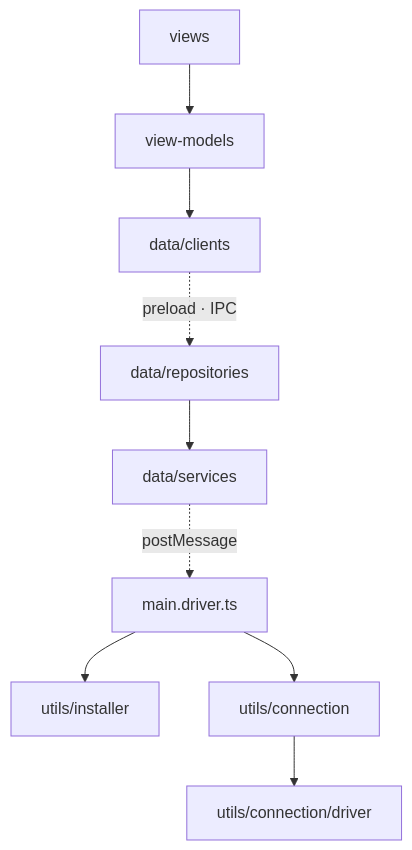
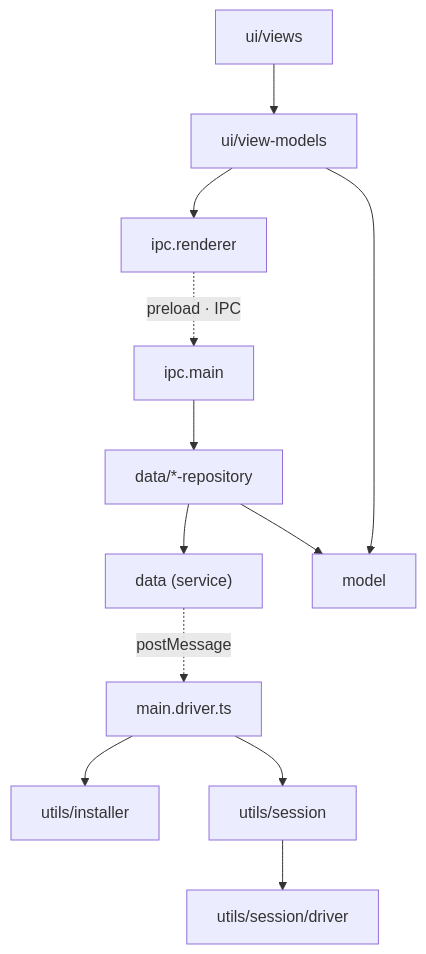
The second of 3 diagrams in docs/architecture.md (dimsssss/data-pump), drawn with Mermaid before and after one commit. The commit also changed other lines of this file and 101 other files, not shown here.

````diff
--- a/docs/architecture.md
+++ b/docs/architecture.md
@@ -148,8 +164,10 @@
 ```mermaid
 flowchart TB
-  views --> vm["view-models"] --> clients["data/clients"]
-  clients -. "preload · IPC" .-> repos["data/repositories"] --> services["data/services"]
+  views["ui/views"] --> vm["ui/view-models"] --> ren["ipc.renderer"]
+  ren -. "preload · IPC" .-> main["ipc.main"] --> repos["data/*-repository"] --> services["data (service)"]
+  vm --> model["model"]
+  repos --> model
   services -. "postMessage" .-> worker["main.driver.ts"]
   worker --> installer["utils/installer"]
-  worker --> cm["utils/connection"] --> driver["utils/connection/driver"]
+  worker --> sm["utils/session"] --> driver["utils/session/driver"]
 ```
````
